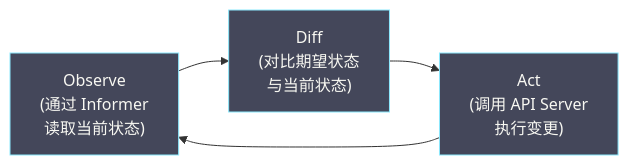
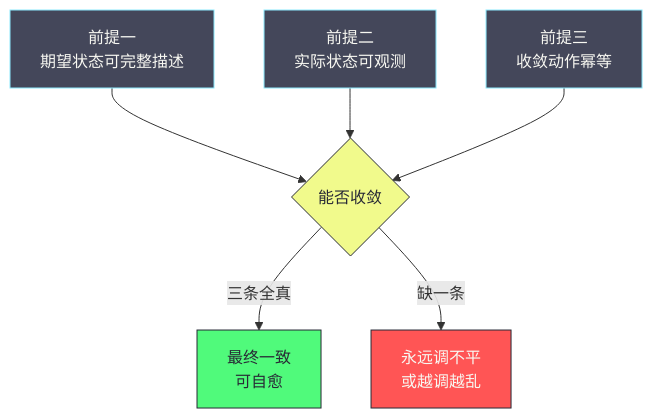
The first of 6 diagrams in content/云原生/Kubernetes/kubernetes控制器和调度器/01 控制器模式与协调循环.md (hpliStartAgain/my-brain), drawn with Mermaid before and after one commit. The commit also changed other lines of this file and 259 other files, not shown here.

````diff
--- a/content/云原生/Kubernetes/kubernetes控制器和调度器/01 控制器模式与协调循环.md
+++ b/content/云原生/Kubernetes/kubernetes控制器和调度器/01 控制器模式与协调循环.md
@@ -35,10 +31,18 @@
 ```mermaid
 %%{init: {'theme': 'dracula'}}%%
-graph LR
-    OBS["Observe</br>(通过 Informer</br>读取当前状态)"] --> DIFF["Diff</br>(对比期望状态</br>与当前状态)"]
-    DIFF --> ACT["Act</br>(调用 API Server</br>执行变更)"]
-    ACT --> OBS
+graph TD
+    SPEC["前提一<br/>期望状态可完整描述"] --> CONV{"能否收敛"}
+    OBS["前提二<br/>实际状态可观测"] --> CONV
+    IDEM["前提三<br/>收敛动作幂等"] --> CONV
+    CONV -->|"三条全真"| OK["最终一致<br/>可自愈"]
+    CONV -->|"缺一条"| BAD["永远调不平<br/>或越调越乱"]
 
-    classDef step fill:#44475a,stroke:#8be9fd,color:#f8f8f2
-    class OBS,DIFF,ACT step
+    classDef pre fill:#44475a,stroke:#8be9fd,color:#f8f8f2
+    classDef dec fill:#f1fa8c,stroke:#282a36,color:#282a36
+    classDef good fill:#50fa7b,stroke:#282a36,color:#282a36
+    classDef bad fill:#ff5555,stroke:#282a36,color:#f8f8f2
+    class SPEC,OBS,IDEM pre
+    class CONV dec
+    class OK good
+    class BAD bad
 ```
````
